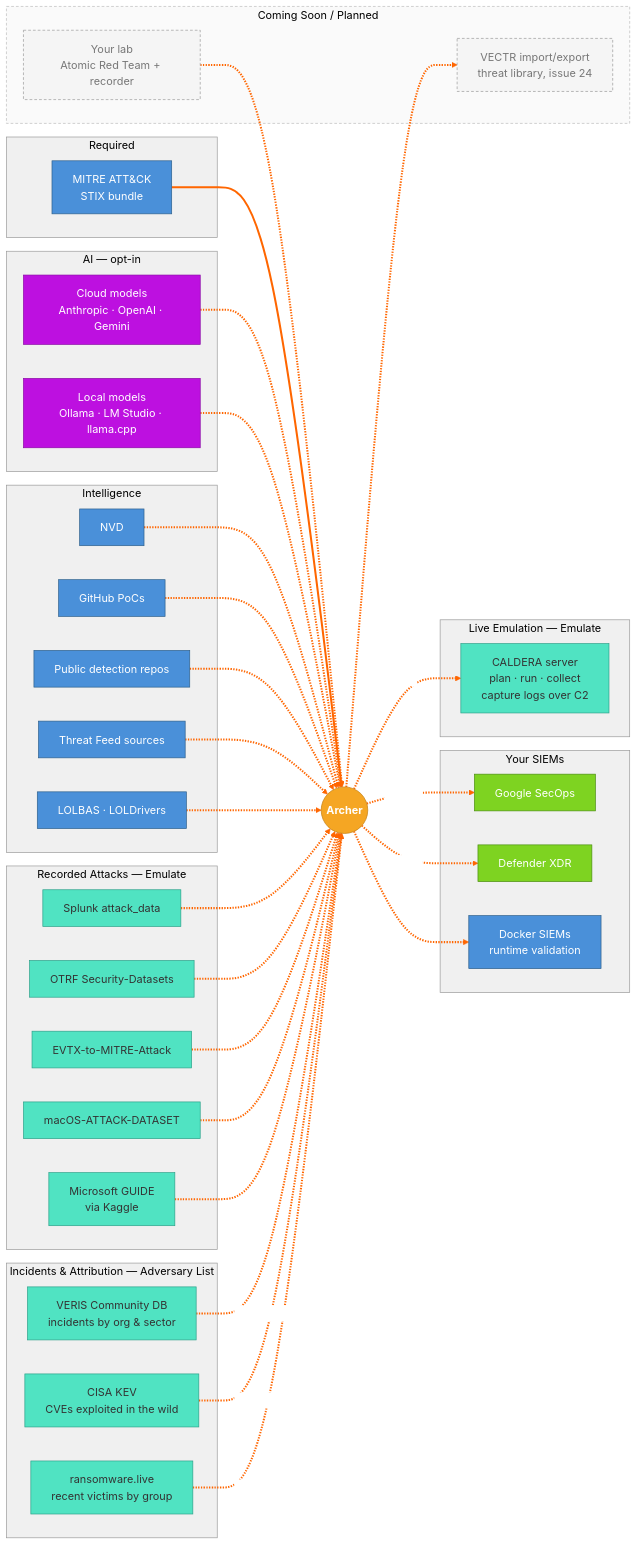
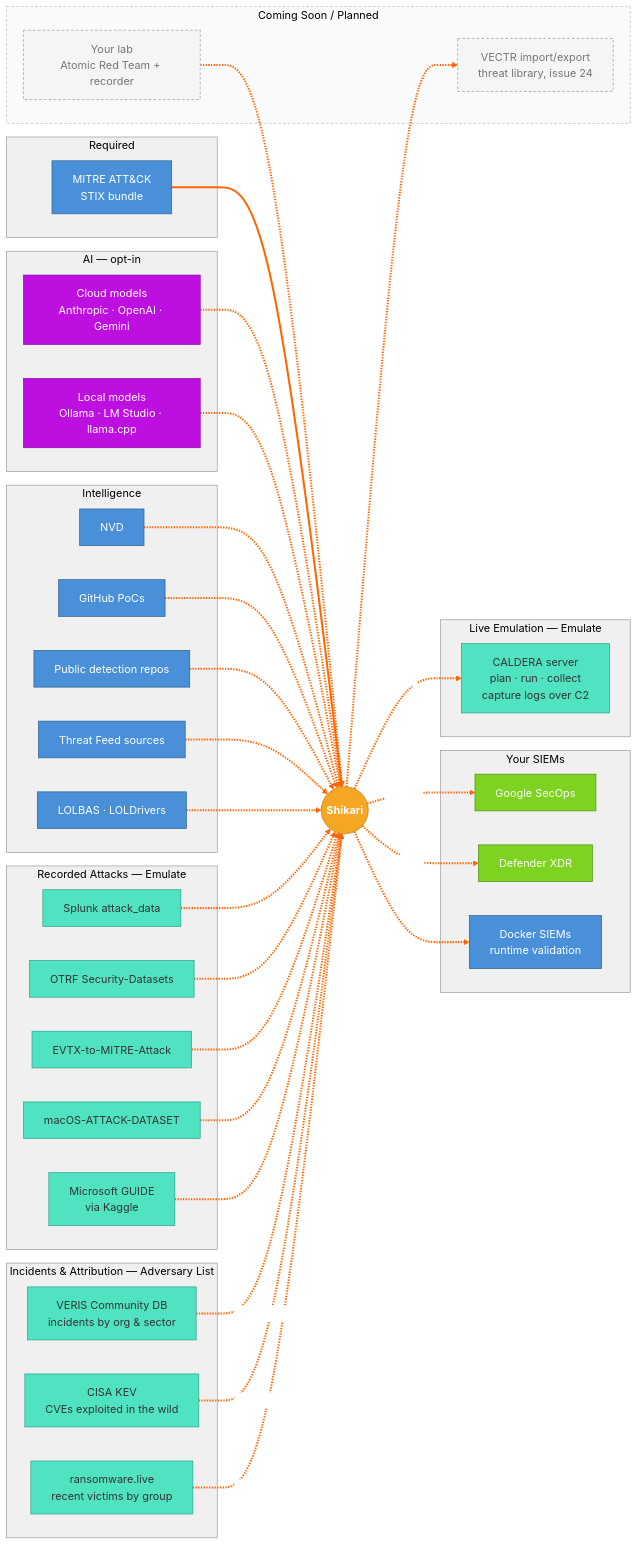
One commit to cmdaltr/shikari changed the diagram in docs/architecture/mermaid/09_6_integration_map_external_systems.md. Above: the diagram before and after it, drawn with Mermaid. The commit also changed other lines of this file and 1000 other files, not shown here.

First line of the commit message:
refactor(brand): rename archer -> shikari and rebrand the UI

````diff
--- a/docs/architecture/mermaid/09_6_integration_map_external_systems.md
+++ b/docs/architecture/mermaid/09_6_integration_map_external_systems.md
@@ -5,7 +5,7 @@
 ```mermaid
 %%{init: {'theme': 'base', 'themeVariables': {'lineColor': '#ff6600', 'edgeLabelBackground': '#ffffff', 'primaryColor': '#4a90d9', 'primaryTextColor': '#ffffff', 'primaryBorderColor': '#2c5f8a', 'secondaryColor': '#e8e8e8', 'tertiaryColor': '#f5f5f5', 'clusterBkg': '#f0f0f0', 'clusterBorder': '#999999', 'titleColor': '#000000', 'nodeTextColor': '#000000', 'background': '#ffffff'}}}%%
 graph LR
-    ARCHER(("<b>Archer</b>"))
+    SHIKARI(("<b>Shikari</b>"))
 
     subgraph REQ ["Required"]
         STIX["MITRE ATT&CK<br/>STIX bundle"]
@@ -53,25 +53,25 @@
         VECTR["VECTR import/export<br/>threat library, issue 24"]
     end
 
-    STIX --> ARCHER
-    CLOUD -.-> ARCHER
-    LOCAL -.-> ARCHER
-    NVD -.-> ARCHER
-    GHPOC -.-> ARCHER
-    RULES -.-> ARCHER
-    FEEDS -.-> ARCHER
-    LOL -.-> ARCHER
-    SPL & OTRF & EVTX & MAC -.-> ARCHER
-    GUIDE -.-> ARCHER
-    ARCHER -.->|"queries"| SECOPS
-    ARCHER -.->|"queries"| MDE
-    ARCHER -.-> DOCKER
-    ARCHER -.->|"REST"| CALDERA
-    VCDB & KEV & RL -.->|"cached feeds"| ARCHER
-    LAB -.-> ARCHER
-    ARCHER -.-> VECTR
+    STIX --> SHIKARI
+    CLOUD -.-> SHIKARI
+    LOCAL -.-> SHIKARI
+    NVD -.-> SHIKARI
+    GHPOC -.-> SHIKARI
+    RULES -.-> SHIKARI
+    FEEDS -.-> SHIKARI
+    LOL -.-> SHIKARI
+    SPL & OTRF & EVTX & MAC -.-> SHIKARI
+    GUIDE -.-> SHIKARI
+    SHIKARI -.->|"queries"| SECOPS
+    SHIKARI -.->|"queries"| MDE
+    SHIKARI -.-> DOCKER
+    SHIKARI -.->|"REST"| CALDERA
+    VCDB & KEV & RL -.->|"cached feeds"| SHIKARI
+    LAB -.-> SHIKARI
+    SHIKARI -.-> VECTR
 
-    style ARCHER fill:#f5a623,stroke:#c17d10,color:#fff
+    style SHIKARI fill:#f5a623,stroke:#c17d10,color:#fff
     style STIX fill:#4a90d9,stroke:#2c5f8a,color:#fff
     style CLOUD fill:#bd10e0,stroke:#8a0ba5,color:#fff
     style LOCAL fill:#bd10e0,stroke:#8a0ba5,color:#fff
````
